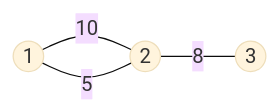
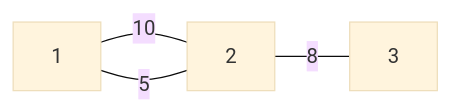
Before and after one commit to Yan2u/Yan2u.github.io: the diagram in _posts/2019-03-24-旅行.md, drawn with Mermaid (base theme).

````diff
--- a/_posts/2019-03-24-旅行.md
+++ b/_posts/2019-03-24-旅行.md
@@ -50,9 +50,6 @@
 ```mermaid
 graph LR
-d1((1))
-d2((2))
-d3((3))
-d1--10---d2
-d1--5---d2
-d2--8---d3
+1--10---2
+1--5---2
+2--8---3
 ```
````
